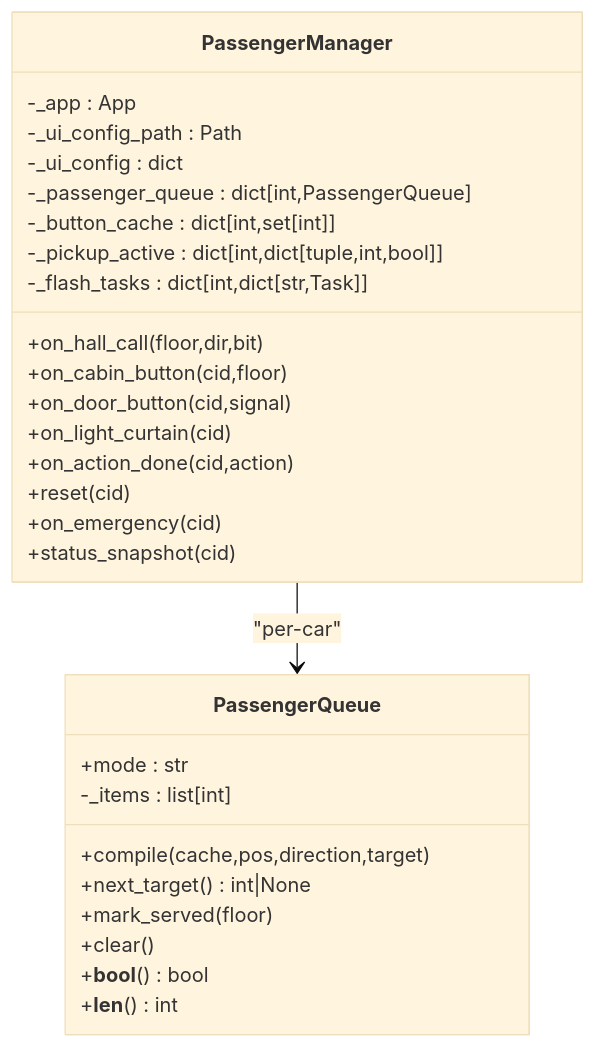
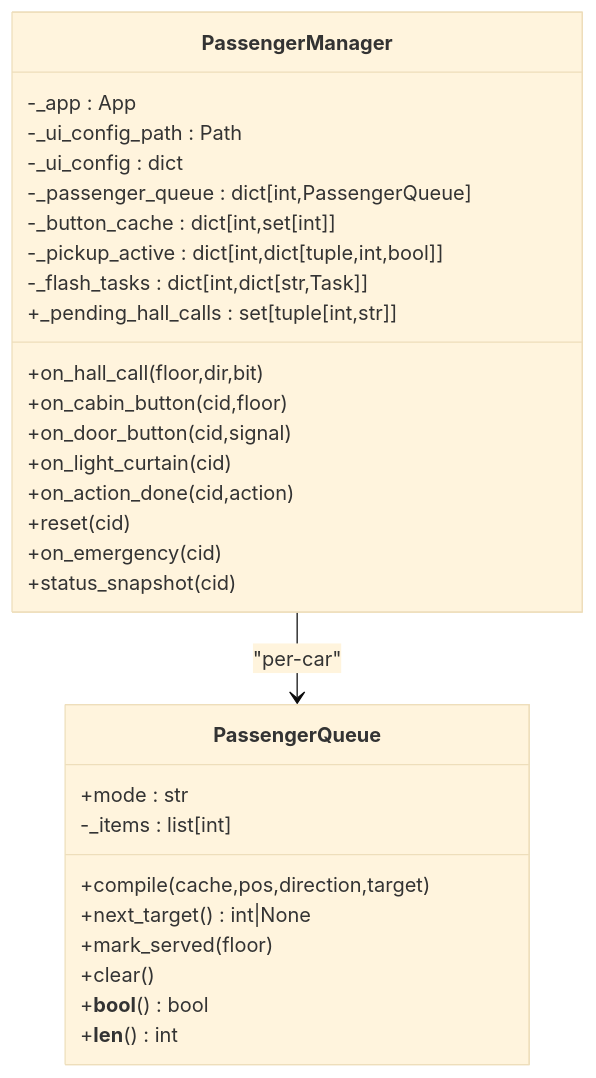
Before and after one commit to xmb505/Haku_EET: the fifth of 7 diagrams in .qoder/repowiki/zh/content/大脑模块.md, drawn with Mermaid (base theme). The commit also changed other lines of this file and 10 other files, not shown here.

````diff
--- a/.qoder/repowiki/zh/content/大脑模块.md
+++ b/.qoder/repowiki/zh/content/大脑模块.md
@@ -210,31 +228,32 @@
 ```mermaid
 classDiagram
 class PassengerQueue {
 +mode : str
 -_items : list[int]
 +compile(cache,pos,direction,target)
 +next_target() int|None
 +mark_served(floor)
 +clear()
 +__bool__() bool
 +__len__() int
 }
 class PassengerManager {
 -_app : App
 -_ui_config_path : Path
 -_ui_config : dict
 -_passenger_queue : dict[int,PassengerQueue]
 -_button_cache : dict[int,set[int]]
 -_pickup_active : dict[int,dict[tuple,int,bool]]
 -_flash_tasks : dict[int,dict[str,Task]]
++_pending_hall_calls : set[tuple[int,str]]
 +on_hall_call(floor,dir,bit)
 +on_cabin_button(cid,floor)
 +on_door_button(cid,signal)
 +on_light_curtain(cid)
 +on_action_done(cid,action)
 +reset(cid)
 +on_emergency(cid)
 +status_snapshot(cid)
 }
 PassengerManager --> PassengerQueue : "per-car"
 ```
````
